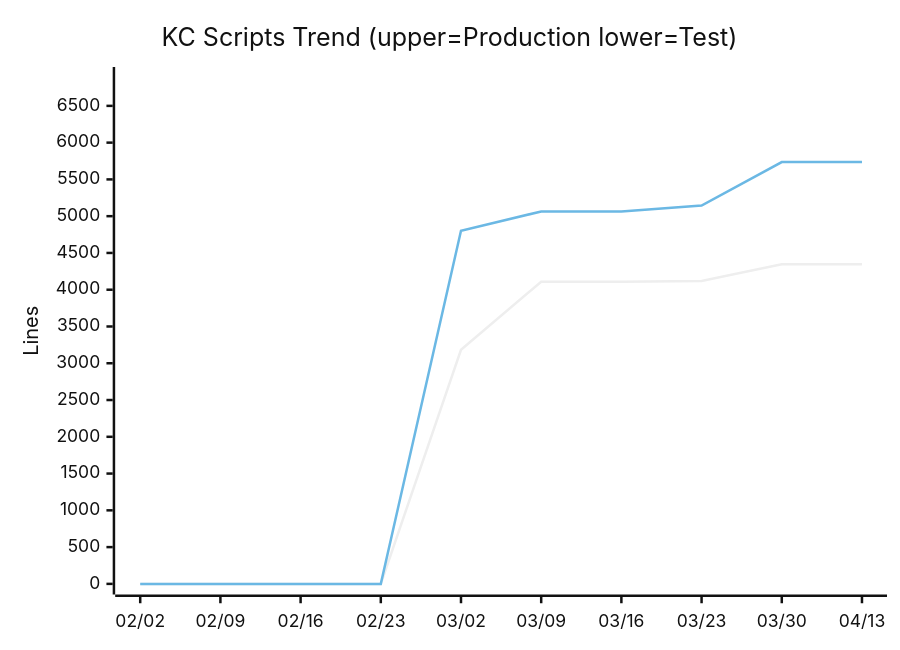
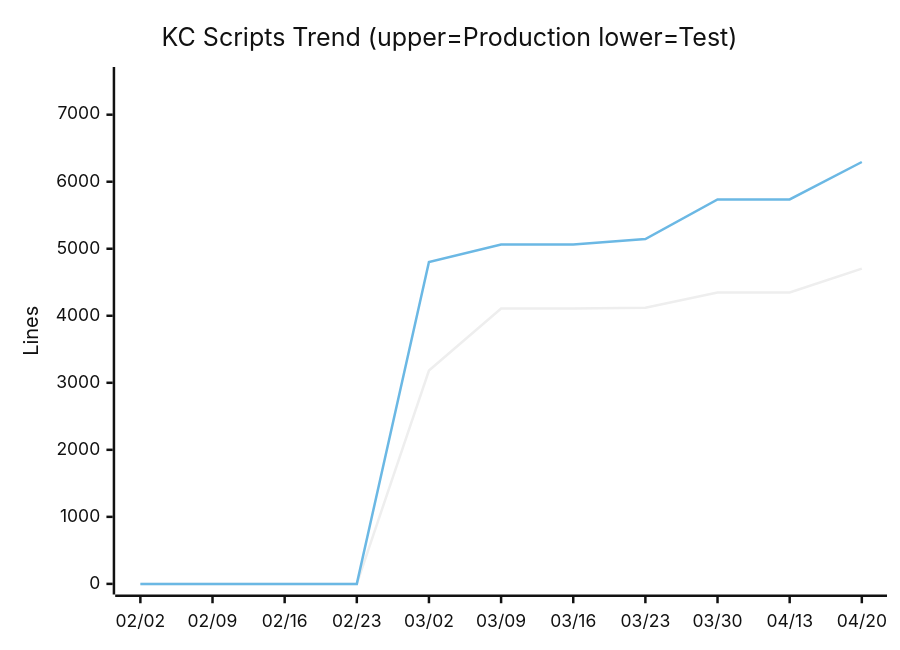
Before and after one commit to nablarch/nabledge-dev: diagram 11 of 14 in docs/metrics.md, drawn with Mermaid (neutral theme). The commit also changed other lines of this file and 2 other files, not shown here.

````diff
--- a/docs/metrics.md
+++ b/docs/metrics.md
@@ -142,8 +144,8 @@
 ```mermaid
 xychart-beta
   title "KC Scripts Trend (upper=Production  lower=Test)"
-  x-axis ["02/02", "02/09", "02/16", "02/23", "03/02", "03/09", "03/16", "03/23", "03/30", "04/13"]
-  y-axis "Lines" 0 --> 6884
-  line [0, 0, 0, 0, 3183, 4109, 4109, 4119, 4347, 4347]
-  line [0, 0, 0, 0, 4802, 5064, 5064, 5145, 5736, 5736]
+  x-axis ["02/02", "02/09", "02/16", "02/23", "03/02", "03/09", "03/16", "03/23", "03/30", "04/13", "04/20"]
+  y-axis "Lines" 0 --> 7553
+  line [0, 0, 0, 0, 3183, 4109, 4109, 4119, 4347, 4347, 4703]
+  line [0, 0, 0, 0, 4802, 5064, 5064, 5145, 5736, 5736, 6294]
 ```
````
